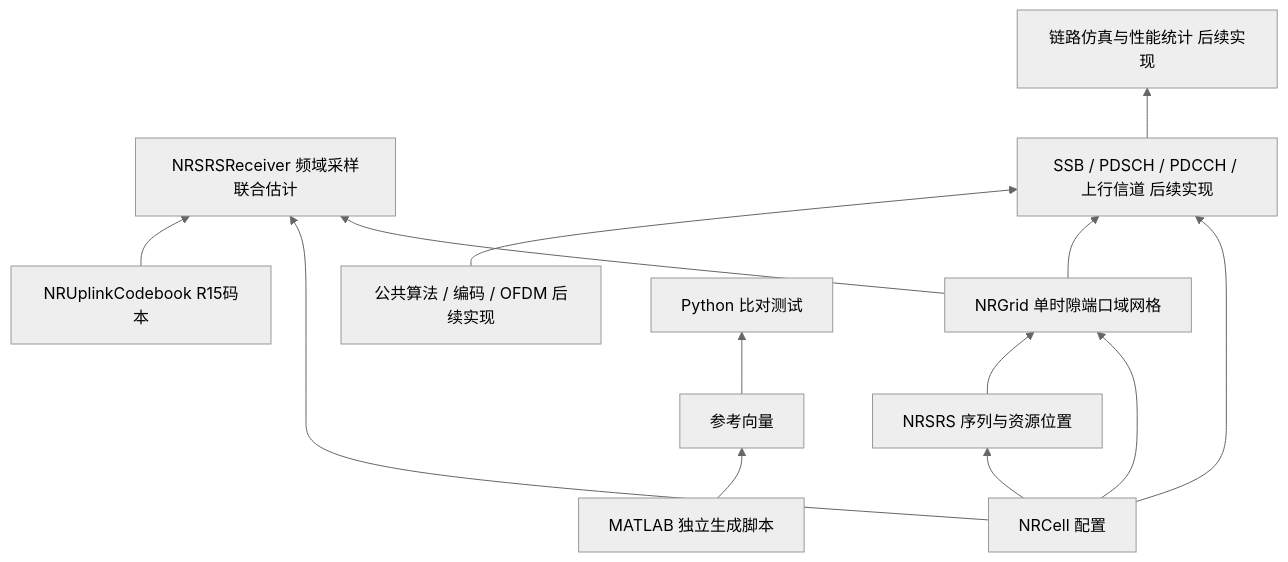
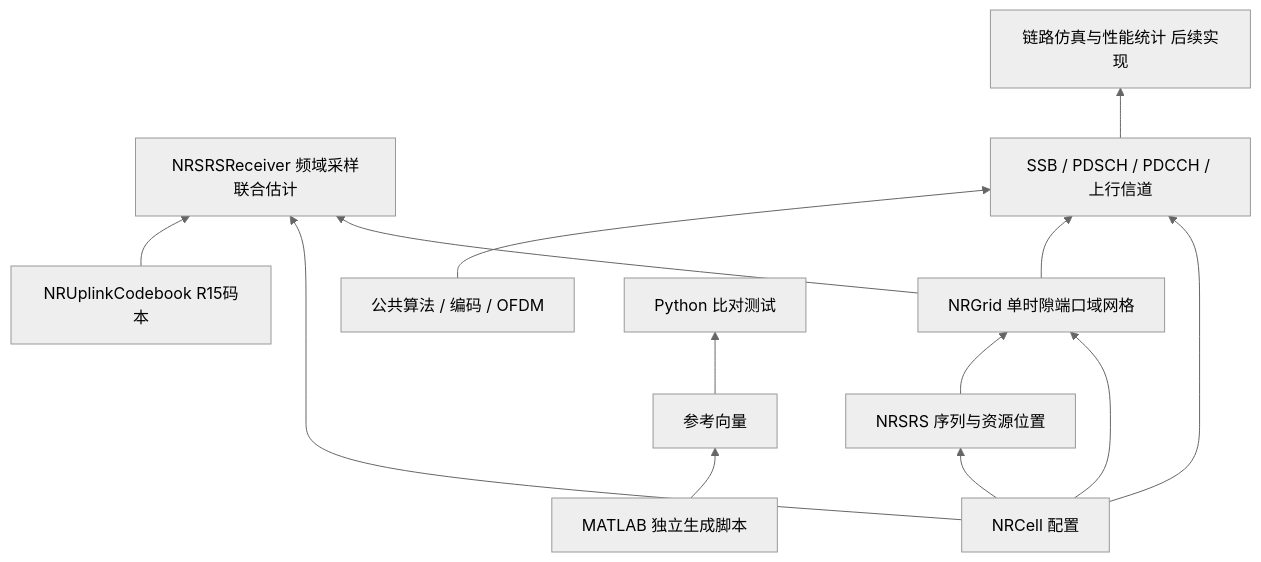
One commit to gxymmd1995-max/NR-GPT changed the diagram in documentation/architecture.md. Above: the diagram before and after it, drawn with Mermaid (neutral theme). The commit also changed other lines of this file and 120 other files, not shown here.

````diff
--- a/documentation/architecture.md
+++ b/documentation/architecture.md
@@ -46,15 +46,15 @@
 ```mermaid
 flowchart BT
     C[NRCell 配置] --> G[NRGrid 单时隙端口域网格]
     C --> R[NRSRS 序列与资源位置]
     R --> G
     G --> X[NRSRSReceiver 频域采样联合估计]
     C --> X
     B[NRUplinkCodebook R15码本] --> X
-    C --> H[SSB / PDSCH / PDCCH / 上行信道 后续实现]
+    C --> H[SSB / PDSCH / PDCCH / 上行信道]
     G --> H
-    A[公共算法 / 编码 / OFDM 后续实现] --> H
+    A[公共算法 / 编码 / OFDM] --> H
     H --> S[链路仿真与性能统计 后续实现]
     M[MATLAB 独立生成脚本] --> V[参考向量]
     V --> T[Python 比对测试]
 ```
````
